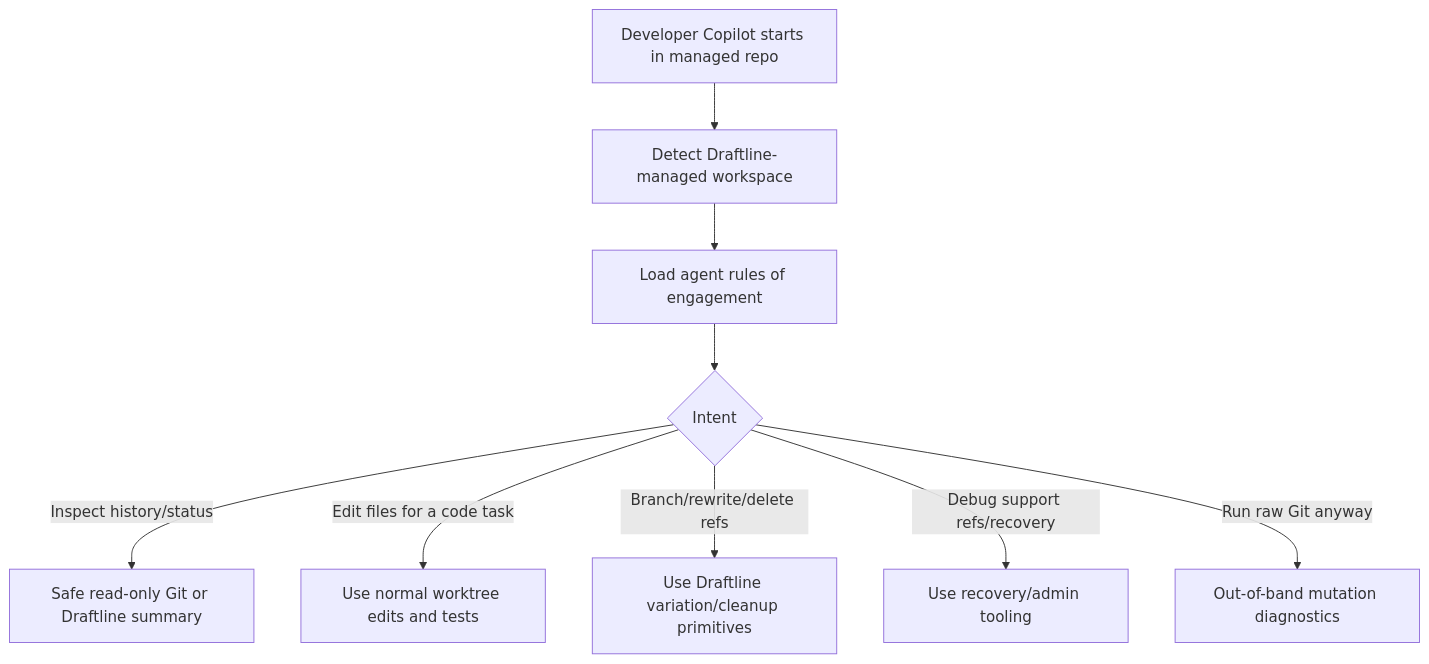
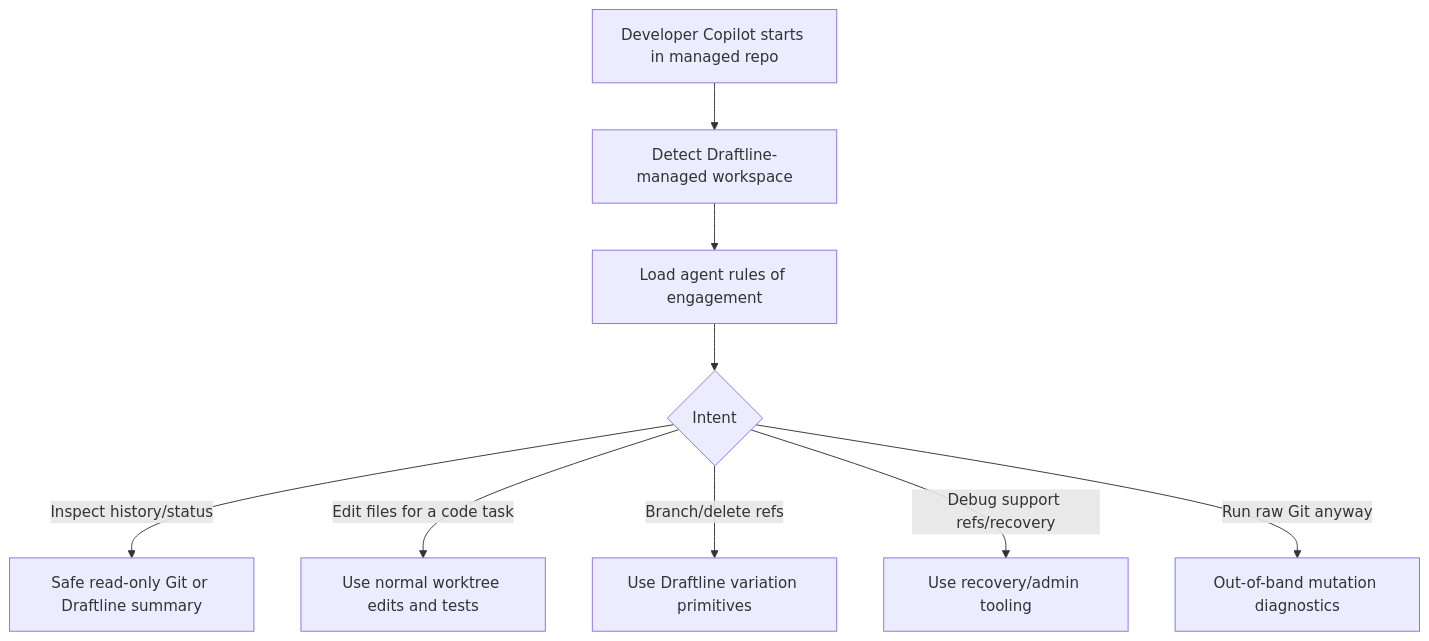
One commit to sethjuarez/draftline changed the sixth of 7 diagrams in docs/scenario-flows/workspace.md. Above: the diagram before and after it, drawn with Mermaid. The commit also changed other lines of this file and 44 other files, not shown here.

````diff
--- a/docs/scenario-flows/workspace.md
+++ b/docs/scenario-flows/workspace.md
@@ -166,11 +166,11 @@
 ```mermaid
 flowchart TD
     A[Developer Copilot starts in managed repo] --> B[Detect Draftline-managed workspace]
     B --> C[Load agent rules of engagement]
     C --> D{Intent}
     D -- Inspect history/status --> E[Safe read-only Git or Draftline summary]
     D -- Edit files for a code task --> F[Use normal worktree edits and tests]
-    D -- Branch/rewrite/delete refs --> G[Use Draftline variation/cleanup primitives]
+    D -- Branch/delete refs --> G[Use Draftline variation primitives]
     D -- Debug support refs/recovery --> H[Use recovery/admin tooling]
     D -- Run raw Git anyway --> I[Out-of-band mutation diagnostics]
 ```
````
